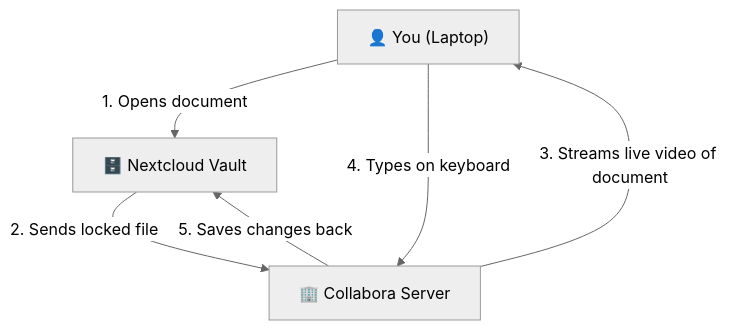
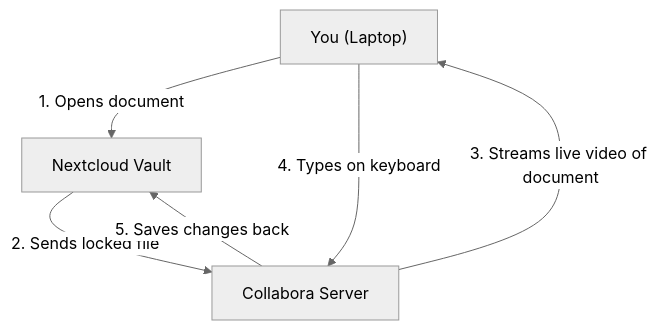
One commit to PorKeat/office_docs changed the second of 2 diagrams in Guides/setup_collabora.md. Above: the diagram before and after it, drawn with Mermaid. The commit also changed 6 other files, not shown here.

````diff
--- a/Guides/setup_collabora.md
+++ b/Guides/setup_collabora.md
@@ -26,9 +26,9 @@
 ```mermaid
 %%{init: {'theme': 'neutral', 'themeVariables': { 'background': 'transparent' }}}%%
 flowchart TD
-    User["👤 You (Laptop)"] -->|"1. Opens document"| Storage["🗄️ Nextcloud Vault"]
-    Storage -->|"2. Sends locked file"| Server["🏢 Collabora Server"]
+    User["You (Laptop)"] -->|"1. Opens document"| Storage["Nextcloud Vault"]
+    Storage -->|"2. Sends locked file"| Server["Collabora Server"]
     Server -->|"3. Streams live video of document"| User
     User -->|"4. Types on keyboard"| Server
     Server -->|"5. Saves changes back"| Storage
 ```
````
